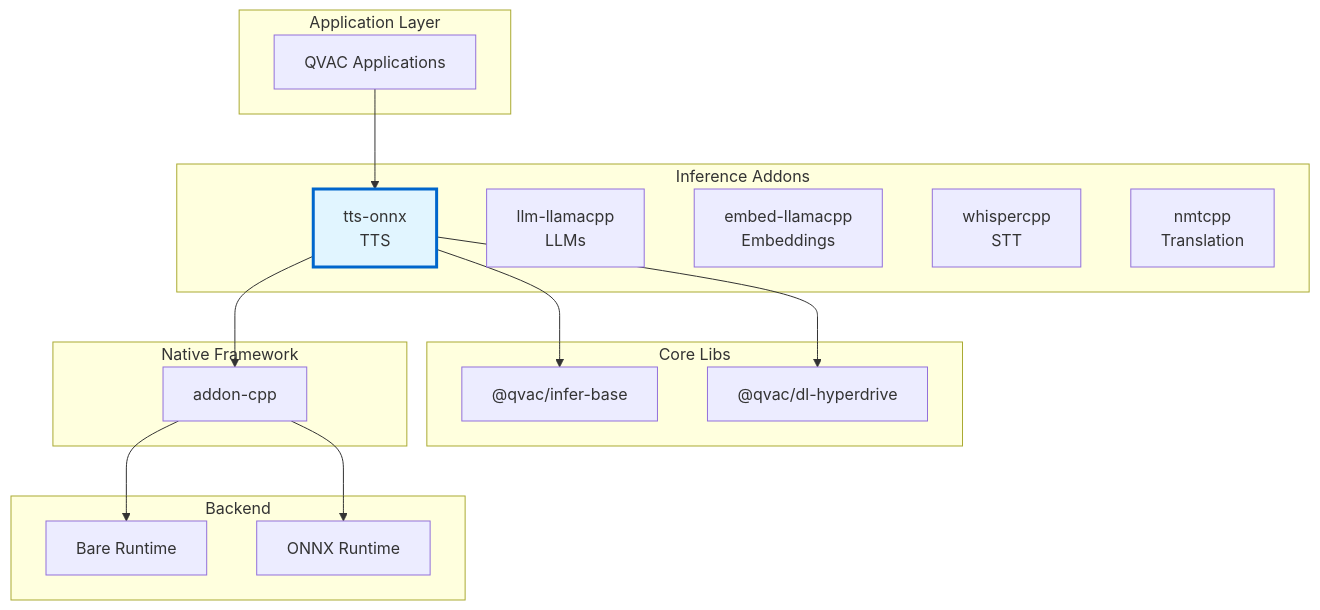
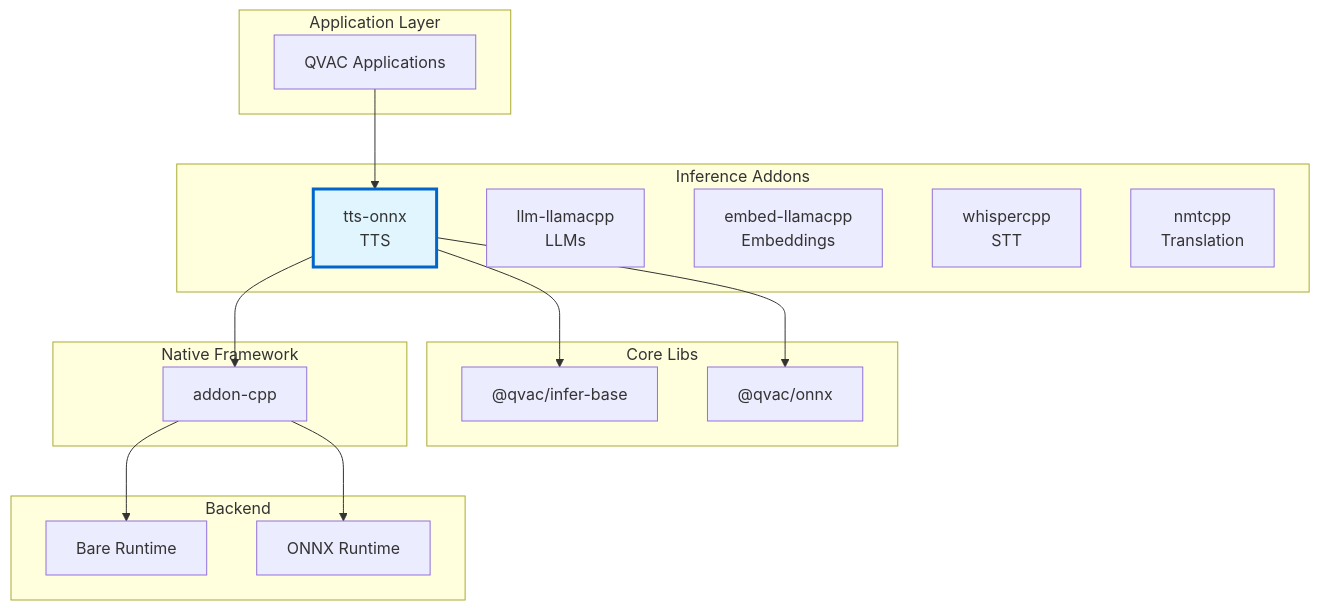
The first of 4 diagrams in packages/tts-onnx/docs/architecture.md (tetherto/qvac), drawn with Mermaid before and after one commit. The commit also changed other lines of this file and 7 other files, not shown here.

First line of the commit message:
doc: refresh inference addon architecture docs

````diff
--- a/packages/tts-onnx/docs/architecture.md
+++ b/packages/tts-onnx/docs/architecture.md
@@ -84,37 +86,37 @@
 ```mermaid
 graph TB
     subgraph "Application Layer"
         APP[QVAC Applications]
     end
 
     subgraph "Inference Addons"
         TTS["tts-onnx<br/>TTS"]
         LLM["llm-llamacpp<br/>LLMs"]
         EMBED["embed-llamacpp<br/>Embeddings"]
         WHISPER["whispercpp<br/>STT"]
         NMT["nmtcpp<br/>Translation"]
     end
 
     subgraph "Core Libs"
         BASE["@qvac/infer-base"]
-        DL["@qvac/dl-hyperdrive"]
+        ONNXLIB["@qvac/onnx"]
     end
 
     subgraph "Native Framework"
         ADDON[addon-cpp]
     end
 
     subgraph "Backend"
         BARE[Bare Runtime]
         ONNX[ONNX Runtime]
     end
 
     APP --> TTS
     TTS --> BASE
-    TTS --> DL
+    TTS --> ONNXLIB
     TTS --> ADDON
     ADDON --> BARE
     ADDON --> ONNX
 
     style TTS fill:#e1f5ff,stroke:#0066cc,stroke-width:3px
 ```
````
